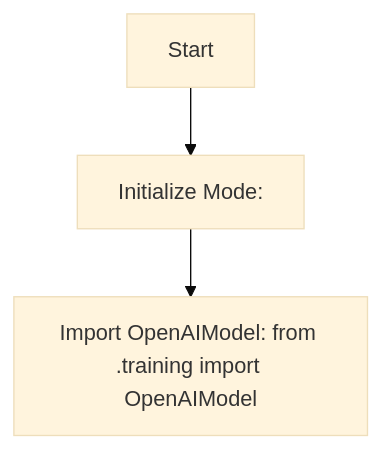
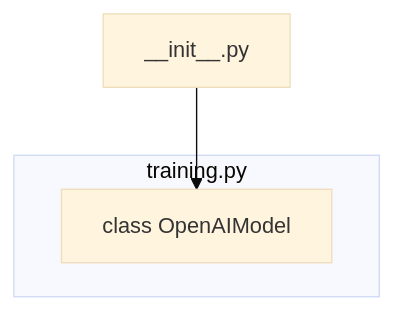
One commit to hypo69/hypo changed the diagram in docs/gemini/ru/explainer/src/ai/openai/model/__init__.py.md. Above: the diagram before and after it, drawn with Mermaid (base theme). The commit also changed other lines of this file and 1505 other files, not shown here.

````diff
--- a/docs/gemini/ru/explainer/src/ai/openai/model/__init__.py.md
+++ b/docs/gemini/ru/explainer/src/ai/openai/model/__init__.py.md
@@ -15,5 +11,8 @@
 ```mermaid
 flowchart TD
-    Start --> ModeInitialization[Initialize Mode: ]
-    ModeInitialization --> ImportOpenAIModel[Import OpenAIModel: from .training import OpenAIModel]
+    subgraph training.py
+        OpenAIModel[class OpenAIModel]
+    end
+    __init__.py --> OpenAIModel
+    
 ```
````
